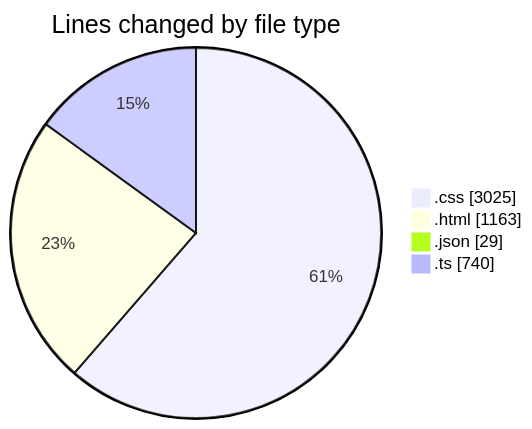
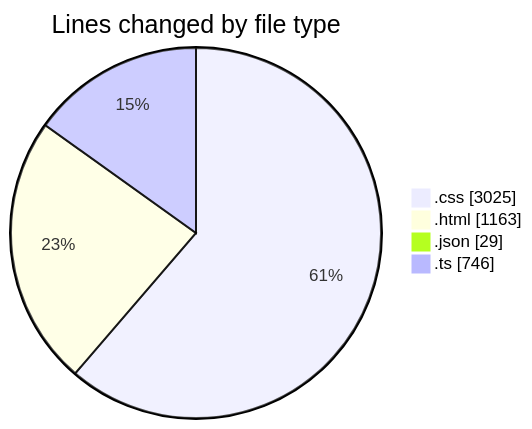
The first of 2 diagrams in 2025-12-30/budget_front_nest/README.md (igalym/code-tracking), drawn with Mermaid before and after one commit. The commit also changed other lines of this file and 1 other file, not shown here.

````diff
--- a/2025-12-30/budget_front_nest/README.md
+++ b/2025-12-30/budget_front_nest/README.md
@@ -33,8 +33,8 @@
 ```mermaid
 pie showData
 title Lines changed by file type
 ".css" : 3025
 ".html" : 1163
 ".json" : 29
-".ts" : 740
+".ts" : 746
 ```
````
